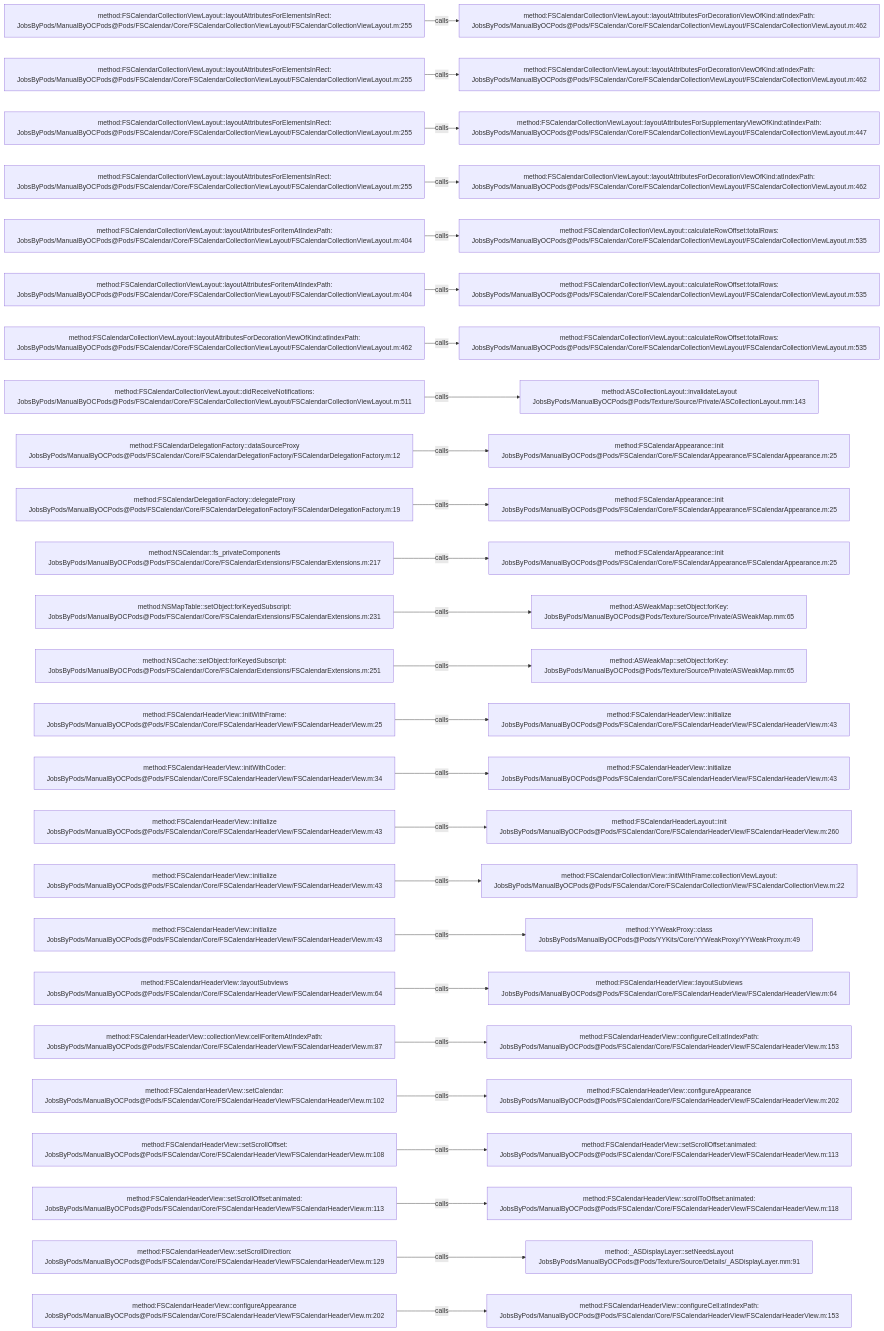
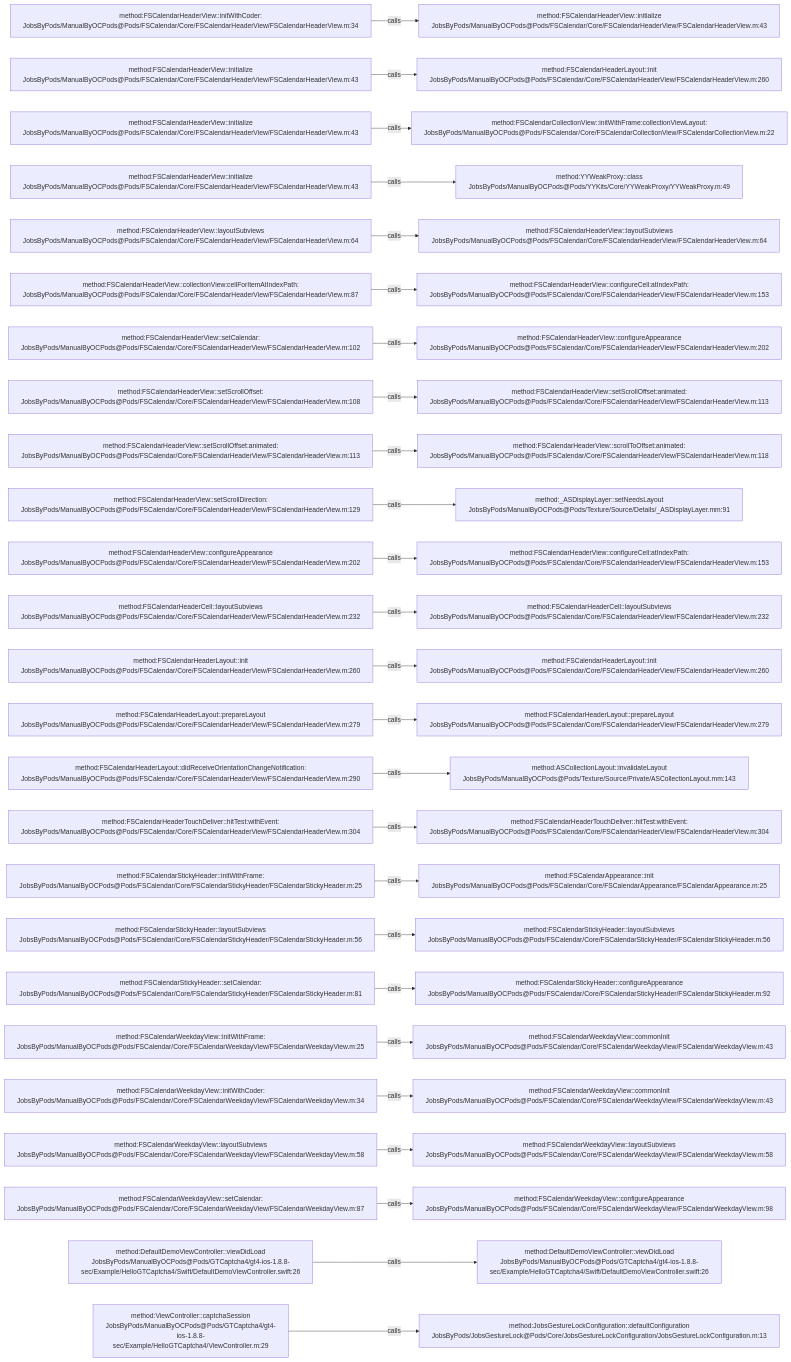
Before and after one commit to JobsKits/JobsOCBaseConfigDemo: the diagram in .codegraph/codegraph.md/graphs/calls-020.md, drawn with Mermaid. The commit also changed 296 other files, not shown here.

````diff
--- a/.codegraph/codegraph.md/graphs/calls-020.md
+++ b/.codegraph/codegraph.md/graphs/calls-020.md
@@ -13,78 +13,78 @@
 ```mermaid
 flowchart LR
-  S1["method:FSCalendarCollectionViewLayout::layoutAttributesForElementsInRect:<br/>JobsByPods/ManualByOCPods@Pods/FSCalendar/Core/FSCalendarCollectionViewLayout/FSCalendarCollectionViewLayout.m:255"]
-  T1["method:FSCalendarCollectionViewLayout::layoutAttributesForDecorationViewOfKind:atIndexPath:<br/>JobsByPods/ManualByOCPods@Pods/FSCalendar/Core/FSCalendarCollectionViewLayout/FSCalendarCollectionViewLayout.m:462"]
+  S1["method:FSCalendarHeaderView::initWithCoder:<br/>JobsByPods/ManualByOCPods@Pods/FSCalendar/Core/FSCalendarHeaderView/FSCalendarHeaderView.m:34"]
+  T1["method:FSCalendarHeaderView::initialize<br/>JobsByPods/ManualByOCPods@Pods/FSCalendar/Core/FSCalendarHeaderView/FSCalendarHeaderView.m:43"]
   S1 -->|calls| T1
-  S2["method:FSCalendarCollectionViewLayout::layoutAttributesForElementsInRect:<br/>JobsByPods/ManualByOCPods@Pods/FSCalendar/Core/FSCalendarCollectionViewLayout/FSCalendarCollectionViewLayout.m:255"]
-  T2["method:FSCalendarCollectionViewLayout::layoutAttributesForDecorationViewOfKind:atIndexPath:<br/>JobsByPods/ManualByOCPods@Pods/FSCalendar/Core/FSCalendarCollectionViewLayout/FSCalendarCollectionViewLayout.m:462"]
+  S2["method:FSCalendarHeaderView::initialize<br/>JobsByPods/ManualByOCPods@Pods/FSCalendar/Core/FSCalendarHeaderView/FSCalendarHeaderView.m:43"]
+  T2["method:FSCalendarHeaderLayout::init<br/>JobsByPods/ManualByOCPods@Pods/FSCalendar/Core/FSCalendarHeaderView/FSCalendarHeaderView.m:260"]
   S2 -->|calls| T2
-  S3["method:FSCalendarCollectionViewLayout::layoutAttributesForElementsInRect:<br/>JobsByPods/ManualByOCPods@Pods/FSCalendar/Core/FSCalendarCollectionViewLayout/FSCalendarCollectionViewLayout.m:255"]
-  T3["method:FSCalendarCollectionViewLayout::layoutAttributesForSupplementaryViewOfKind:atIndexPath:<br/>JobsByPods/ManualByOCPods@Pods/FSCalendar/Core/FSCalendarCollectionViewLayout/FSCalendarCollectionViewLayout.m:447"]
+  S3["method:FSCalendarHeaderView::initialize<br/>JobsByPods/ManualByOCPods@Pods/FSCalendar/Core/FSCalendarHeaderView/FSCalendarHeaderView.m:43"]
+  T3["method:FSCalendarCollectionView::initWithFrame:collectionViewLayout:<br/>JobsByPods/ManualByOCPods@Pods/FSCalendar/Core/FSCalendarCollectionView/FSCalendarCollectionView.m:22"]
   S3 -->|calls| T3
-  S4["method:FSCalendarCollectionViewLayout::layoutAttributesForElementsInRect:<br/>JobsByPods/ManualByOCPods@Pods/FSCalendar/Core/FSCalendarCollectionViewLayout/FSCalendarCollectionViewLayout.m:255"]
-  T4["method:FSCalendarCollectionViewLayout::layoutAttributesForDecorationViewOfKind:atIndexPath:<br/>JobsByPods/ManualByOCPods@Pods/FSCalendar/Core/FSCalendarCollectionViewLayout/FSCalendarCollectionViewLayout.m:462"]
+  S4["method:FSCalendarHeaderView::initialize<br/>JobsByPods/ManualByOCPods@Pods/FSCalendar/Core/FSCalendarHeaderView/FSCalendarHeaderView.m:43"]
+  T4["method:YYWeakProxy::class<br/>JobsByPods/ManualByOCPods@Pods/YYKits/Core/YYWeakProxy/YYWeakProxy.m:49"]
   S4 -->|calls| T4
-  S5["method:FSCalendarCollectionViewLayout::layoutAttributesForItemAtIndexPath:<br/>JobsByPods/ManualByOCPods@Pods/FSCalendar/Core/FSCalendarCollectionViewLayout/FSCalendarCollectionViewLayout.m:404"]
-  T5["method:FSCalendarCollectionViewLayout::calculateRowOffset:totalRows:<br/>JobsByPods/ManualByOCPods@Pods/FSCalendar/Core/FSCalendarCollectionViewLayout/FSCalendarCollectionViewLayout.m:535"]
+  S5["method:FSCalendarHeaderView::layoutSubviews<br/>JobsByPods/ManualByOCPods@Pods/FSCalendar/Core/FSCalendarHeaderView/FSCalendarHeaderView.m:64"]
+  T5["method:FSCalendarHeaderView::layoutSubviews<br/>JobsByPods/ManualByOCPods@Pods/FSCalendar/Core/FSCalendarHeaderView/FSCalendarHeaderView.m:64"]
   S5 -->|calls| T5
-  S6["method:FSCalendarCollectionViewLayout::layoutAttributesForItemAtIndexPath:<br/>JobsByPods/ManualByOCPods@Pods/FSCalendar/Core/FSCalendarCollectionViewLayout/FSCalendarCollectionViewLayout.m:404"]
-  T6["method:FSCalendarCollectionViewLayout::calculateRowOffset:totalRows:<br/>JobsByPods/ManualByOCPods@Pods/FSCalendar/Core/FSCalendarCollectionViewLayout/FSCalendarCollectionViewLayout.m:535"]
+  S6["method:FSCalendarHeaderView::collectionView:cellForItemAtIndexPath:<br/>JobsByPods/ManualByOCPods@Pods/FSCalendar/Core/FSCalendarHeaderView/FSCalendarHeaderView.m:87"]
+  T6["method:FSCalendarHeaderView::configureCell:atIndexPath:<br/>JobsByPods/ManualByOCPods@Pods/FSCalendar/Core/FSCalendarHeaderView/FSCalendarHeaderView.m:153"]
   S6 -->|calls| T6
-  S7["method:FSCalendarCollectionViewLayout::layoutAttributesForDecorationViewOfKind:atIndexPath:<br/>JobsByPods/ManualByOCPods@Pods/FSCalendar/Core/FSCalendarCollectionViewLayout/FSCalendarCollectionViewLayout.m:462"]
-  T7["method:FSCalendarCollectionViewLayout::calculateRowOffset:totalRows:<br/>JobsByPods/ManualByOCPods@Pods/FSCalendar/Core/FSCalendarCollectionViewLayout/FSCalendarCollectionViewLayout.m:535"]
+  S7["method:FSCalendarHeaderView::setCalendar:<br/>JobsByPods/ManualByOCPods@Pods/FSCalendar/Core/FSCalendarHeaderView/FSCalendarHeaderView.m:102"]
+  T7["method:FSCalendarHeaderView::configureAppearance<br/>JobsByPods/ManualByOCPods@Pods/FSCalendar/Core/FSCalendarHeaderView/FSCalendarHeaderView.m:202"]
   S7 -->|calls| T7
-  S8["method:FSCalendarCollectionViewLayout::didReceiveNotifications:<br/>JobsByPods/ManualByOCPods@Pods/FSCalendar/Core/FSCalendarCollectionViewLayout/FSCalendarCollectionViewLayout.m:511"]
-  T8["method:ASCollectionLayout::invalidateLayout<br/>JobsByPods/ManualByOCPods@Pods/Texture/Source/Private/ASCollectionLayout.mm:143"]
+  S8["method:FSCalendarHeaderView::setScrollOffset:<br/>JobsByPods/ManualByOCPods@Pods/FSCalendar/Core/FSCalendarHeaderView/FSCalendarHeaderView.m:108"]
+  T8["method:FSCalendarHeaderView::setScrollOffset:animated:<br/>JobsByPods/ManualByOCPods@Pods/FSCalendar/Core/FSCalendarHeaderView/FSCalendarHeaderView.m:113"]
   S8 -->|calls| T8
-  S9["method:FSCalendarDelegationFactory::dataSourceProxy<br/>JobsByPods/ManualByOCPods@Pods/FSCalendar/Core/FSCalendarDelegationFactory/FSCalendarDelegationFactory.m:12"]
-  T9["method:FSCalendarAppearance::init<br/>JobsByPods/ManualByOCPods@Pods/FSCalendar/Core/FSCalendarAppearance/FSCalendarAppearance.m:25"]
+  S9["method:FSCalendarHeaderView::setScrollOffset:animated:<br/>JobsByPods/ManualByOCPods@Pods/FSCalendar/Core/FSCalendarHeaderView/FSCalendarHeaderView.m:113"]
+  T9["method:FSCalendarHeaderView::scrollToOffset:animated:<br/>JobsByPods/ManualByOCPods@Pods/FSCalendar/Core/FSCalendarHeaderView/FSCalendarHeaderView.m:118"]
   S9 -->|calls| T9
-  S10["method:FSCalendarDelegationFactory::delegateProxy<br/>JobsByPods/ManualByOCPods@Pods/FSCalendar/Core/FSCalendarDelegationFactory/FSCalendarDelegationFactory.m:19"]
-  T10["method:FSCalendarAppearance::init<br/>JobsByPods/ManualByOCPods@Pods/FSCalendar/Core/FSCalendarAppearance/FSCalendarAppearance.m:25"]
+  S10["method:FSCalendarHeaderView::setScrollDirection:<br/>JobsByPods/ManualByOCPods@Pods/FSCalendar/Core/FSCalendarHeaderView/FSCalendarHeaderView.m:129"]
+  T10["method:_ASDisplayLayer::setNeedsLayout<br/>JobsByPods/ManualByOCPods@Pods/Texture/Source/Details/_ASDisplayLayer.mm:91"]
   S10 -->|calls| T10
-  S11["method:NSCalendar::fs_privateComponents<br/>JobsByPods/ManualByOCPods@Pods/FSCalendar/Core/FSCalendarExtensions/FSCalendarExtensions.m:217"]
-  T11["method:FSCalendarAppearance::init<br/>JobsByPods/ManualByOCPods@Pods/FSCalendar/Core/FSCalendarAppearance/FSCalendarAppearance.m:25"]
+  S11["method:FSCalendarHeaderView::configureAppearance<br/>JobsByPods/ManualByOCPods@Pods/FSCalendar/Core/FSCalendarHeaderView/FSCalendarHeaderView.m:202"]
+  T11["method:FSCalendarHeaderView::configureCell:atIndexPath:<br/>JobsByPods/ManualByOCPods@Pods/FSCalendar/Core/FSCalendarHeaderView/FSCalendarHeaderView.m:153"]
   S11 -->|calls| T11
-  S12["method:NSMapTable::setObject:forKeyedSubscript:<br/>JobsByPods/ManualByOCPods@Pods/FSCalendar/Core/FSCalendarExtensions/FSCalendarExtensions.m:231"]
-  T12["method:ASWeakMap::setObject:forKey:<br/>JobsByPods/ManualByOCPods@Pods/Texture/Source/Private/ASWeakMap.mm:65"]
+  S12["method:FSCalendarHeaderCell::layoutSubviews<br/>JobsByPods/ManualByOCPods@Pods/FSCalendar/Core/FSCalendarHeaderView/FSCalendarHeaderView.m:232"]
+  T12["method:FSCalendarHeaderCell::layoutSubviews<br/>JobsByPods/ManualByOCPods@Pods/FSCalendar/Core/FSCalendarHeaderView/FSCalendarHeaderView.m:232"]
   S12 -->|calls| T12
-  S13["method:NSCache::setObject:forKeyedSubscript:<br/>JobsByPods/ManualByOCPods@Pods/FSCalendar/Core/FSCalendarExtensions/FSCalendarExtensions.m:251"]
-  T13["method:ASWeakMap::setObject:forKey:<br/>JobsByPods/ManualByOCPods@Pods/Texture/Source/Private/ASWeakMap.mm:65"]
+  S13["method:FSCalendarHeaderLayout::init<br/>JobsByPods/ManualByOCPods@Pods/FSCalendar/Core/FSCalendarHeaderView/FSCalendarHeaderView.m:260"]
+  T13["method:FSCalendarHeaderLayout::init<br/>JobsByPods/ManualByOCPods@Pods/FSCalendar/Core/FSCalendarHeaderView/FSCalendarHeaderView.m:260"]
   S13 -->|calls| T13
-  S14["method:FSCalendarHeaderView::initWithFrame:<br/>JobsByPods/ManualByOCPods@Pods/FSCalendar/Core/FSCalendarHeaderView/FSCalendarHeaderView.m:25"]
-  T14["method:FSCalendarHeaderView::initialize<br/>JobsByPods/ManualByOCPods@Pods/FSCalendar/Core/FSCalendarHeaderView/FSCalendarHeaderView.m:43"]
+  S14["method:FSCalendarHeaderLayout::prepareLayout<br/>JobsByPods/ManualByOCPods@Pods/FSCalendar/Core/FSCalendarHeaderView/FSCalendarHeaderView.m:279"]
+  T14["method:FSCalendarHeaderLayout::prepareLayout<br/>JobsByPods/ManualByOCPods@Pods/FSCalendar/Core/FSCalendarHeaderView/FSCalendarHeaderView.m:279"]
   S14 -->|calls| T14
-  S15["method:FSCalendarHeaderView::initWithCoder:<br/>JobsByPods/ManualByOCPods@Pods/FSCalendar/Core/FSCalendarHeaderView/FSCalendarHeaderView.m:34"]
-  T15["method:FSCalendarHeaderView::initialize<br/>JobsByPods/ManualByOCPods@Pods/FSCalendar/Core/FSCalendarHeaderView/FSCalendarHeaderView.m:43"]
+  S15["method:FSCalendarHeaderLayout::didReceiveOrientationChangeNotification:<br/>JobsByPods/ManualByOCPods@Pods/FSCalendar/Core/FSCalendarHeaderView/FSCalendarHeaderView.m:290"]
+  T15["method:ASCollectionLayout::invalidateLayout<br/>JobsByPods/ManualByOCPods@Pods/Texture/Source/Private/ASCollectionLayout.mm:143"]
   S15 -->|calls| T15
-  S16["method:FSCalendarHeaderView::initialize<br/>JobsByPods/ManualByOCPods@Pods/FSCalendar/Core/FSCalendarHeaderView/FSCalendarHeaderView.m:43"]
-  T16["method:FSCalendarHeaderLayout::init<br/>JobsByPods/ManualByOCPods@Pods/FSCalendar/Core/FSCalendarHeaderView/FSCalendarHeaderView.m:260"]
+  S16["method:FSCalendarHeaderTouchDeliver::hitTest:withEvent:<br/>JobsByPods/ManualByOCPods@Pods/FSCalendar/Core/FSCalendarHeaderView/FSCalendarHeaderView.m:304"]
+  T16["method:FSCalendarHeaderTouchDeliver::hitTest:withEvent:<br/>JobsByPods/ManualByOCPods@Pods/FSCalendar/Core/FSCalendarHeaderView/FSCalendarHeaderView.m:304"]
   S16 -->|calls| T16
-  S17["method:FSCalendarHeaderView::initialize<br/>JobsByPods/ManualByOCPods@Pods/FSCalendar/Core/FSCalendarHeaderView/FSCalendarHeaderView.m:43"]
-  T17["method:FSCalendarCollectionView::initWithFrame:collectionViewLayout:<br/>JobsByPods/ManualByOCPods@Pods/FSCalendar/Core/FSCalendarCollectionView/FSCalendarCollectionView.m:22"]
+  S17["method:FSCalendarStickyHeader::initWithFrame:<br/>JobsByPods/ManualByOCPods@Pods/FSCalendar/Core/FSCalendarStickyHeader/FSCalendarStickyHeader.m:25"]
+  T17["method:FSCalendarAppearance::init<br/>JobsByPods/ManualByOCPods@Pods/FSCalendar/Core/FSCalendarAppearance/FSCalendarAppearance.m:25"]
   S17 -->|calls| T17
-  S18["method:FSCalendarHeaderView::initialize<br/>JobsByPods/ManualByOCPods@Pods/FSCalendar/Core/FSCalendarHeaderView/FSCalendarHeaderView.m:43"]
-  T18["method:YYWeakProxy::class<br/>JobsByPods/ManualByOCPods@Pods/YYKits/Core/YYWeakProxy/YYWeakProxy.m:49"]
+  S18["method:FSCalendarStickyHeader::layoutSubviews<br/>JobsByPods/ManualByOCPods@Pods/FSCalendar/Core/FSCalendarStickyHeader/FSCalendarStickyHeader.m:56"]
+  T18["method:FSCalendarStickyHeader::layoutSubviews<br/>JobsByPods/ManualByOCPods@Pods/FSCalendar/Core/FSCalendarStickyHeader/FSCalendarStickyHeader.m:56"]
   S18 -->|calls| T18
-  S19["method:FSCalendarHeaderView::layoutSubviews<br/>JobsByPods/ManualByOCPods@Pods/FSCalendar/Core/FSCalendarHeaderView/FSCalendarHeaderView.m:64"]
-  T19["method:FSCalendarHeaderView::layoutSubviews<br/>JobsByPods/ManualByOCPods@Pods/FSCalendar/Core/FSCalendarHeaderView/FSCalendarHeaderView.m:64"]
+  S19["method:FSCalendarStickyHeader::setCalendar:<br/>JobsByPods/ManualByOCPods@Pods/FSCalendar/Core/FSCalendarStickyHeader/FSCalendarStickyHeader.m:81"]
+  T19["method:FSCalendarStickyHeader::configureAppearance<br/>JobsByPods/ManualByOCPods@Pods/FSCalendar/Core/FSCalendarStickyHeader/FSCalendarStickyHeader.m:92"]
   S19 -->|calls| T19
-  S20["method:FSCalendarHeaderView::collectionView:cellForItemAtIndexPath:<br/>JobsByPods/ManualByOCPods@Pods/FSCalendar/Core/FSCalendarHeaderView/FSCalendarHeaderView.m:87"]
-  T20["method:FSCalendarHeaderView::configureCell:atIndexPath:<br/>JobsByPods/ManualByOCPods@Pods/FSCalendar/Core/FSCalendarHeaderView/FSCalendarHeaderView.m:153"]
+  S20["method:FSCalendarWeekdayView::initWithFrame:<br/>JobsByPods/ManualByOCPods@Pods/FSCalendar/Core/FSCalendarWeekdayView/FSCalendarWeekdayView.m:25"]
+  T20["method:FSCalendarWeekdayView::commonInit<br/>JobsByPods/ManualByOCPods@Pods/FSCalendar/Core/FSCalendarWeekdayView/FSCalendarWeekdayView.m:43"]
   S20 -->|calls| T20
-  S21["method:FSCalendarHeaderView::setCalendar:<br/>JobsByPods/ManualByOCPods@Pods/FSCalendar/Core/FSCalendarHeaderView/FSCalendarHeaderView.m:102"]
-  T21["method:FSCalendarHeaderView::configureAppearance<br/>JobsByPods/ManualByOCPods@Pods/FSCalendar/Core/FSCalendarHeaderView/FSCalendarHeaderView.m:202"]
+  S21["method:FSCalendarWeekdayView::initWithCoder:<br/>JobsByPods/ManualByOCPods@Pods/FSCalendar/Core/FSCalendarWeekdayView/FSCalendarWeekdayView.m:34"]
+  T21["method:FSCalendarWeekdayView::commonInit<br/>JobsByPods/ManualByOCPods@Pods/FSCalendar/Core/FSCalendarWeekdayView/FSCalendarWeekdayView.m:43"]
   S21 -->|calls| T21
-  S22["method:FSCalendarHeaderView::setScrollOffset:<br/>JobsByPods/ManualByOCPods@Pods/FSCalendar/Core/FSCalendarHeaderView/FSCalendarHeaderView.m:108"]
-  T22["method:FSCalendarHeaderView::setScrollOffset:animated:<br/>JobsByPods/ManualByOCPods@Pods/FSCalendar/Core/FSCalendarHeaderView/FSCalendarHeaderView.m:113"]
+  S22["method:FSCalendarWeekdayView::layoutSubviews<br/>JobsByPods/ManualByOCPods@Pods/FSCalendar/Core/FSCalendarWeekdayView/FSCalendarWeekdayView.m:58"]
+  T22["method:FSCalendarWeekdayView::layoutSubviews<br/>JobsByPods/ManualByOCPods@Pods/FSCalendar/Core/FSCalendarWeekdayView/FSCalendarWeekdayView.m:58"]
   S22 -->|calls| T22
-  S23["method:FSCalendarHeaderView::setScrollOffset:animated:<br/>JobsByPods/ManualByOCPods@Pods/FSCalendar/Core/FSCalendarHeaderView/FSCalendarHeaderView.m:113"]
-  T23["method:FSCalendarHeaderView::scrollToOffset:animated:<br/>JobsByPods/ManualByOCPods@Pods/FSCalendar/Core/FSCalendarHeaderView/FSCalendarHeaderView.m:118"]
+  S23["method:FSCalendarWeekdayView::setCalendar:<br/>JobsByPods/ManualByOCPods@Pods/FSCalendar/Core/FSCalendarWeekdayView/FSCalendarWeekdayView.m:87"]
+  T23["method:FSCalendarWeekdayView::configureAppearance<br/>JobsByPods/ManualByOCPods@Pods/FSCalendar/Core/FSCalendarWeekdayView/FSCalendarWeekdayView.m:98"]
   S23 -->|calls| T23
-  S24["method:FSCalendarHeaderView::setScrollDirection:<br/>JobsByPods/ManualByOCPods@Pods/FSCalendar/Core/FSCalendarHeaderView/FSCalendarHeaderView.m:129"]
-  T24["method:_ASDisplayLayer::setNeedsLayout<br/>JobsByPods/ManualByOCPods@Pods/Texture/Source/Details/_ASDisplayLayer.mm:91"]
+  S24["method:DefaultDemoViewController::viewDidLoad<br/>JobsByPods/ManualByOCPods@Pods/GTCaptcha4/gt4-ios-1.8.8-sec/Example/HelloGTCaptcha4/Swift/DefaultDemoViewController.swift:26"]
+  T24["method:DefaultDemoViewController::viewDidLoad<br/>JobsByPods/ManualByOCPods@Pods/GTCaptcha4/gt4-ios-1.8.8-sec/Example/HelloGTCaptcha4/Swift/DefaultDemoViewController.swift:26"]
   S24 -->|calls| T24
-  S25["method:FSCalendarHeaderView::configureAppearance<br/>JobsByPods/ManualByOCPods@Pods/FSCalendar/Core/FSCalendarHeaderView/FSCalendarHeaderView.m:202"]
-  T25["method:FSCalendarHeaderView::configureCell:atIndexPath:<br/>JobsByPods/ManualByOCPods@Pods/FSCalendar/Core/FSCalendarHeaderView/FSCalendarHeaderView.m:153"]
+  S25["method:ViewController::captchaSession<br/>JobsByPods/ManualByOCPods@Pods/GTCaptcha4/gt4-ios-1.8.8-sec/Example/HelloGTCaptcha4/ViewController.m:29"]
+  T25["method:JobsGestureLockConfiguration::defaultConfiguration<br/>JobsByPods/JobsGestureLock@Pods/Core/JobsGestureLockConfiguration/JobsGestureLockConfiguration.m:13"]
   S25 -->|calls| T25
 ```
````
